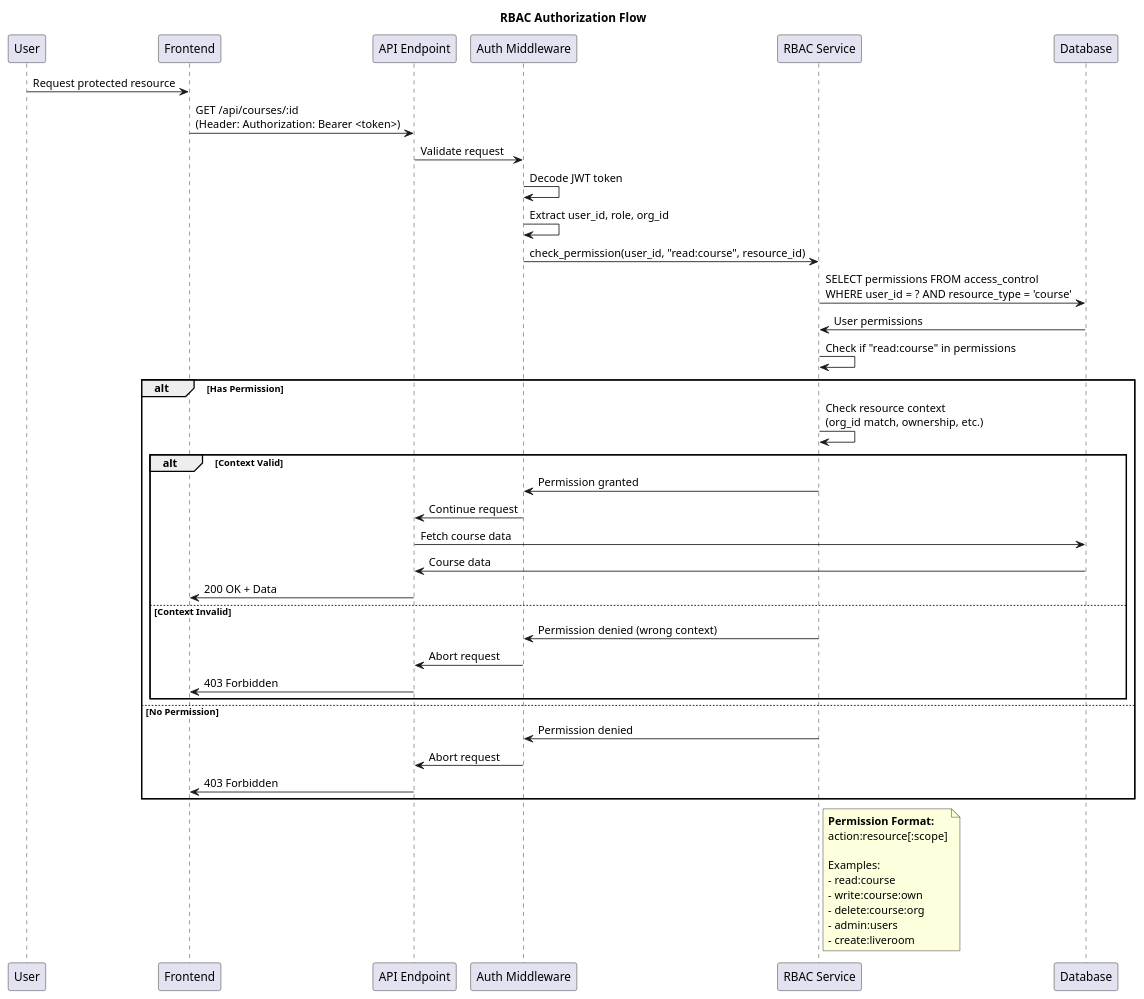
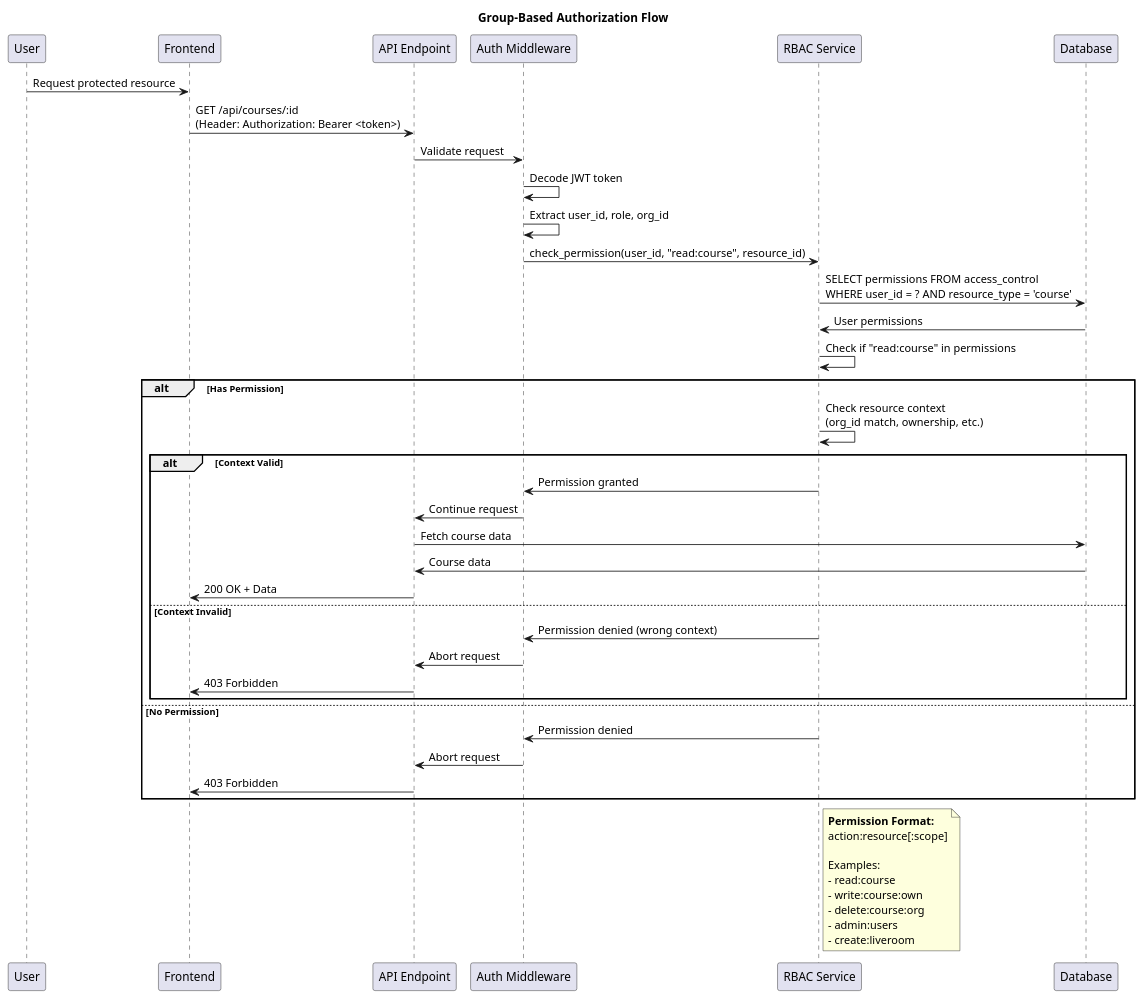
Before and after one commit to flokflok1/lernseite: the sixth of 7 diagrams in LernsystemX-Doku/06_DevOps/01_Security-Architecture.md, drawn with PlantUML. The commit also changed other lines of this file and 210 other files, not shown here.

````diff
--- a/LernsystemX-Doku/06_DevOps/01_Security-Architecture.md
+++ b/LernsystemX-Doku/06_DevOps/01_Security-Architecture.md
@@ -680,59 +680,59 @@
 ```plantuml
 @startuml
-title RBAC Authorization Flow
+title Group-Based Authorization Flow
 
 participant "User" as user
 participant "Frontend" as frontend
 participant "API Endpoint" as api
 participant "Auth Middleware" as middleware
 participant "RBAC Service" as rbac
 participant "Database" as db
 
 user -> frontend: Request protected resource
 frontend -> api: GET /api/courses/:id\n(Header: Authorization: Bearer <token>)
 
 api -> middleware: Validate request
 middleware -> middleware: Decode JWT token
 middleware -> middleware: Extract user_id, role, org_id
 
 middleware -> rbac: check_permission(user_id, "read:course", resource_id)
 
 rbac -> db: SELECT permissions FROM access_control\nWHERE user_id = ? AND resource_type = 'course'
 db -> rbac: User permissions
 
 rbac -> rbac: Check if "read:course" in permissions
 
 alt Has Permission
     rbac -> rbac: Check resource context\n(org_id match, ownership, etc.)
 
     alt Context Valid
         rbac -> middleware: Permission granted
         middleware -> api: Continue request
         api -> db: Fetch course data
         db -> api: Course data
         api -> frontend: 200 OK + Data
     else Context Invalid
         rbac -> middleware: Permission denied (wrong context)
         middleware -> api: Abort request
         api -> frontend: 403 Forbidden
     end
 else No Permission
     rbac -> middleware: Permission denied
     middleware -> api: Abort request
     api -> frontend: 403 Forbidden
 end
 
 note right of rbac
   **Permission Format:**
   action:resource[:scope]
 
   Examples:
   - read:course
   - write:course:own
   - delete:course:org
   - admin:users
   - create:liveroom
 end note
 
 @enduml
 ```
````
